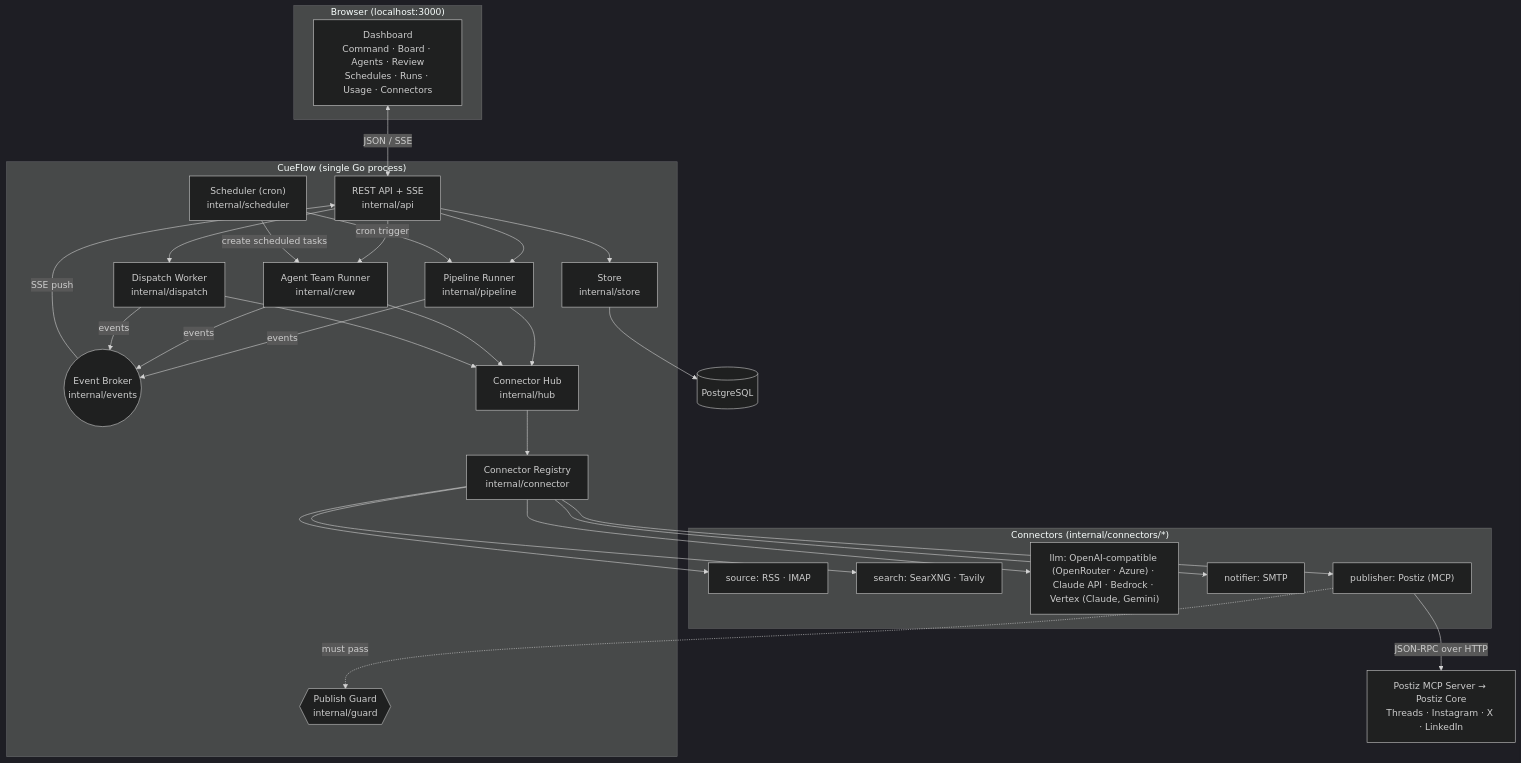
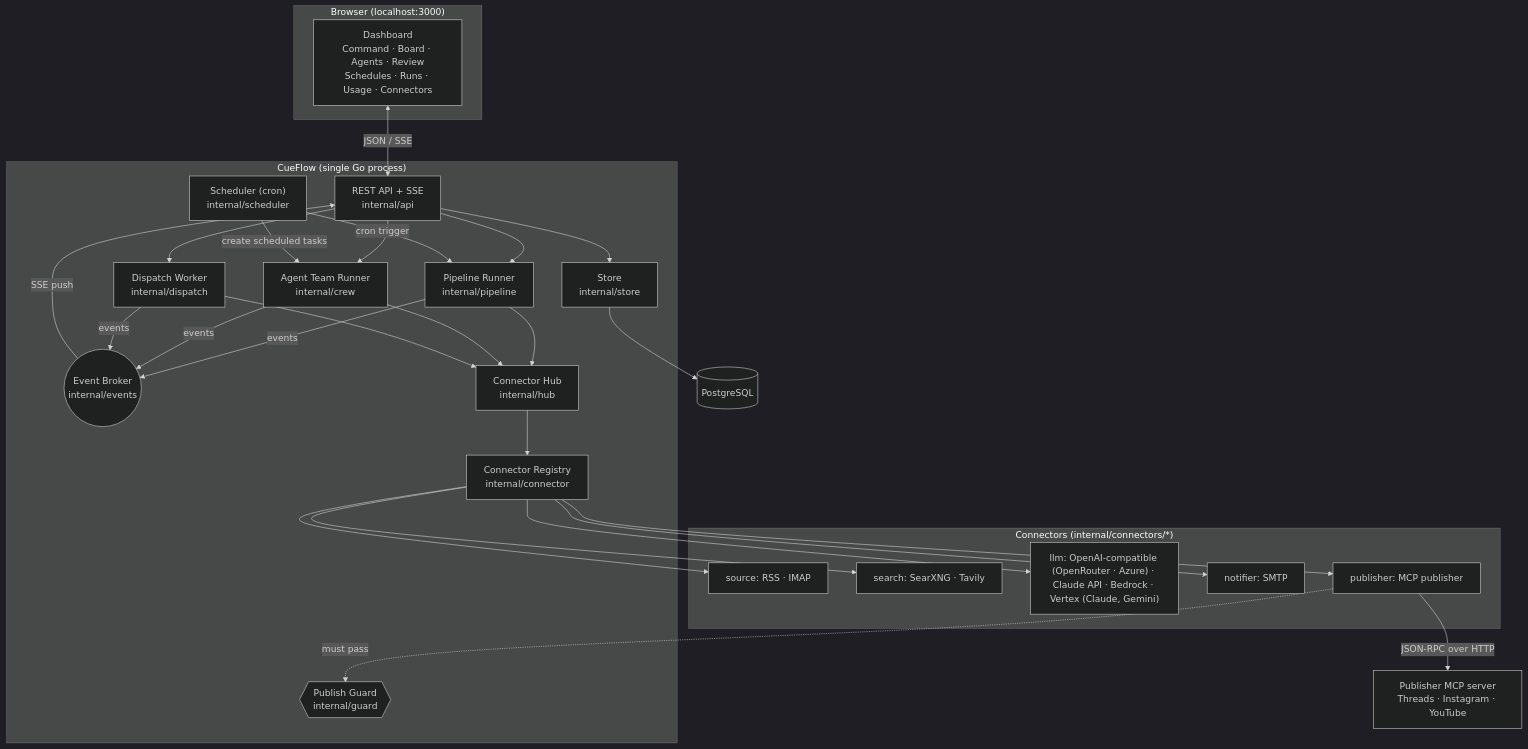
The first of 6 diagrams in docs/architecture.md (j75689/cueflow), drawn with Mermaid (dark theme) before and after one commit. The commit also changed other lines of this file and 40 other files, not shown here.

First line of the commit message:
feat!: drop Postiz and ship a mock publisher for the MCP publisher contract (#7)

````diff
--- a/docs/architecture.md
+++ b/docs/architecture.md
@@ -22,49 +22,49 @@
 ```mermaid
 flowchart TB
     subgraph Browser["Browser (localhost:3000)"]
         UI["Dashboard<br/>Command · Board · Agents · Review<br/>Schedules · Runs · Usage · Connectors"]
     end
 
     subgraph Core["CueFlow (single Go process)"]
         API["REST API + SSE<br/>internal/api"]
         Broker(("Event Broker<br/>internal/events"))
         Sched["Scheduler (cron)<br/>internal/scheduler"]
         Pipe["Pipeline Runner<br/>internal/pipeline"]
         Crew["Agent Team Runner<br/>internal/crew"]
         Disp["Dispatch Worker<br/>internal/dispatch"]
         Hub["Connector Hub<br/>internal/hub"]
         Reg["Connector Registry<br/>internal/connector"]
         Guard{{"Publish Guard<br/>internal/guard"}}
         Store["Store<br/>internal/store"]
     end
 
     DB[("PostgreSQL")]
 
     subgraph Plugins["Connectors (internal/connectors/*)"]
         Src["source: RSS · IMAP"]
         Search["search: SearXNG · Tavily"]
         LLM["llm: OpenAI-compatible (OpenRouter · Azure) · Claude API · Bedrock · Vertex (Claude, Gemini)"]
         Notif["notifier: SMTP"]
-        Pub["publisher: Postiz (MCP)"]
+        Pub["publisher: MCP publisher"]
     end
 
-    Postiz["Postiz MCP Server → Postiz Core<br/>Threads · Instagram · X · LinkedIn"]
+    Publisher["Publisher MCP server<br/>Threads · Instagram · YouTube"]
 
     UI <-->|"JSON / SSE"| API
     API --> Store
     API --> Crew
     API --> Disp
     API --> Pipe
     Broker -->|"SSE push"| API
     Sched -->|"cron trigger"| Pipe
     Sched -->|"create scheduled tasks"| Crew
     Pipe --> Hub
     Crew --> Hub
     Disp --> Hub
     Hub --> Reg
     Reg --> Src & Search & LLM & Notif & Pub
     Pub -.->|"must pass"| Guard
-    Pub -->|"JSON-RPC over HTTP"| Postiz
+    Pub -->|"JSON-RPC over HTTP"| Publisher
     Store --> DB
     Pipe & Crew & Disp -->|"events"| Broker
 ```
````
